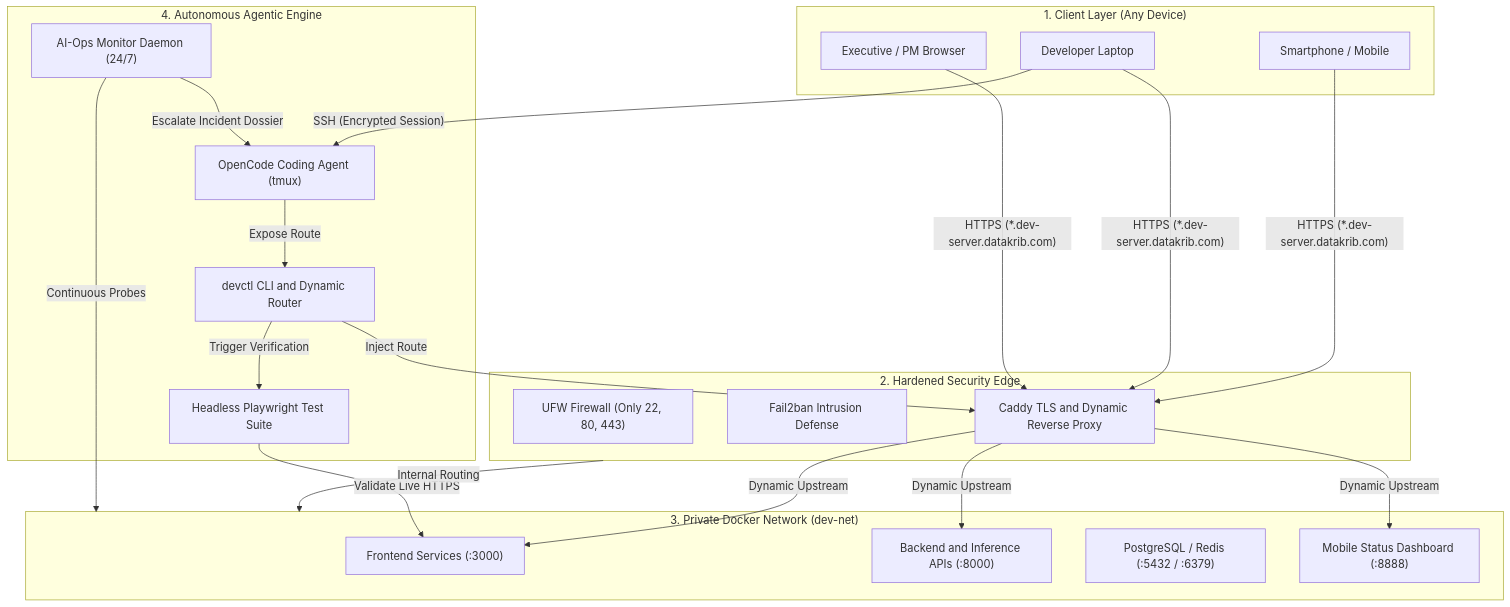
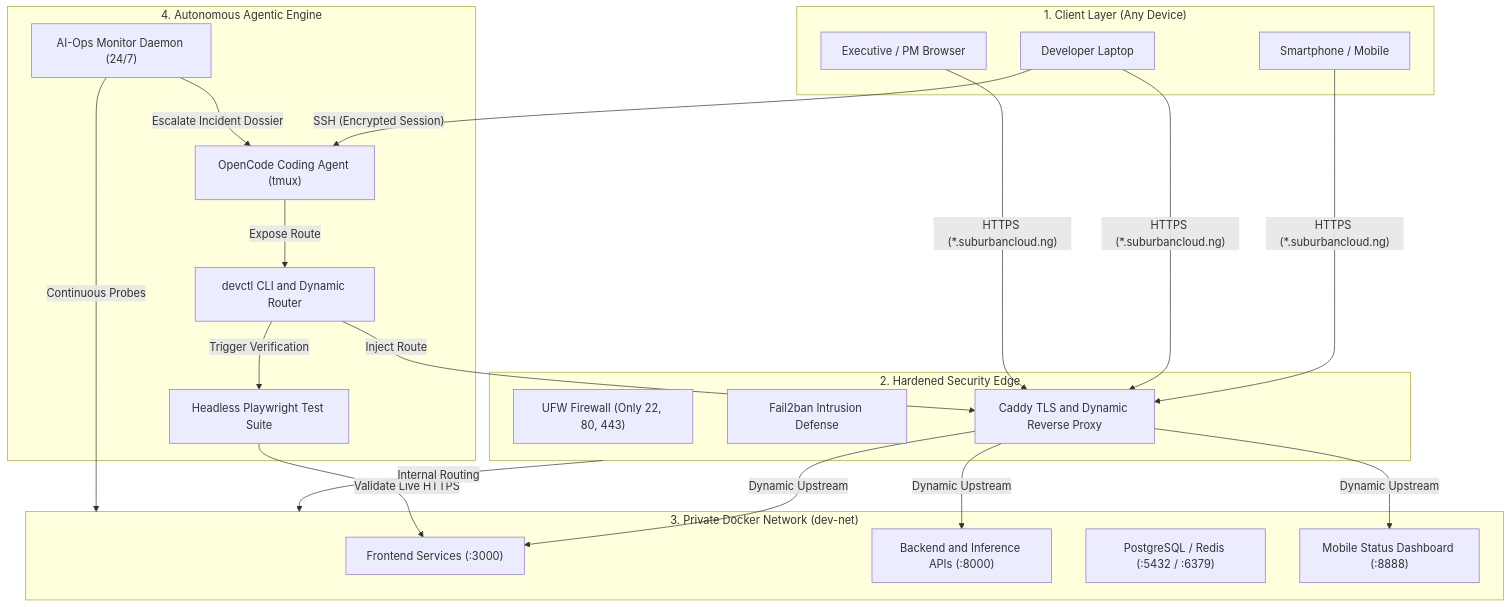
Before and after one commit to Unlimited-demi/happy-galileo: the first of 4 diagrams in docs/EXECUTIVE_PROPOSAL.md, drawn with Mermaid. The commit also changed other lines of this file and 28 other files, not shown here.

Commit message:
fix(chatops,domains): instant deterministic SRE dispatch in ChatOps, eliminate all datakrib traces, enforce suburbancloud.ng

````diff
--- a/docs/EXECUTIVE_PROPOSAL.md
+++ b/docs/EXECUTIVE_PROPOSAL.md
@@ -23,42 +23,42 @@
 ```mermaid
 flowchart TD
     subgraph ClientLayer["1. Client Layer (Any Device)"]
         UserPhone["Smartphone / Mobile"]
         UserLaptop["Developer Laptop"]
         ExecDashboard["Executive / PM Browser"]
     end
 
     subgraph SecurityEdge["2. Hardened Security Edge"]
         UFW["UFW Firewall (Only 22, 80, 443)"]
         Fail2ban["Fail2ban Intrusion Defense"]
         Caddy["Caddy TLS and Dynamic Reverse Proxy"]
     end
 
     subgraph InternalNetwork["3. Private Docker Network (dev-net)"]
         Frontend["Frontend Services (:3000)"]
         BackendAPI["Backend and Inference APIs (:8000)"]
         Database["PostgreSQL / Redis (:5432 / :6379)"]
         StatusUI["Mobile Status Dashboard (:8888)"]
     end
 
     subgraph AutonomousAgents["4. Autonomous Agentic Engine"]
         DevOpsAgent["AI-Ops Monitor Daemon (24/7)"]
         CodingAgent["OpenCode Coding Agent (tmux)"]
         Playwright["Headless Playwright Test Suite"]
         Devctl["devctl CLI and Dynamic Router"]
     end
 
-    UserPhone & UserLaptop & ExecDashboard -->|"HTTPS (*.dev-server.datakrib.com)"| Caddy
+    UserPhone & UserLaptop & ExecDashboard -->|"HTTPS (*.suburbancloud.ng)"| Caddy
     UserLaptop -->|"SSH (Encrypted Session)"| CodingAgent
 
     SecurityEdge -->|"Internal Routing"| InternalNetwork
     Caddy -->|"Dynamic Upstream"| Frontend & BackendAPI & StatusUI
 
     CodingAgent -->|"Expose Route"| Devctl
     Devctl -->|"Inject Route"| Caddy
     Devctl -->|"Trigger Verification"| Playwright
     Playwright -->|"Validate Live HTTPS"| Frontend
 
     DevOpsAgent -->|"Continuous Probes"| InternalNetwork
     DevOpsAgent -->|"Escalate Incident Dossier"| CodingAgent
 ```
````
